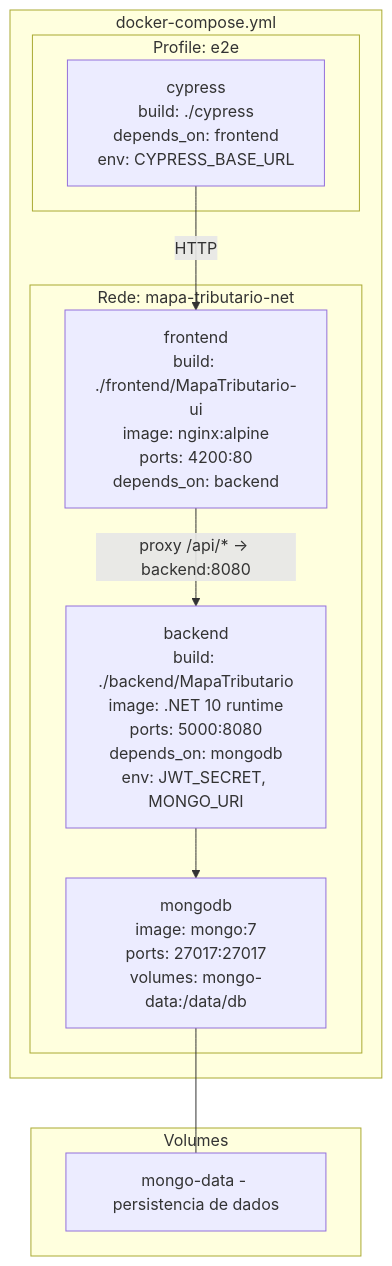
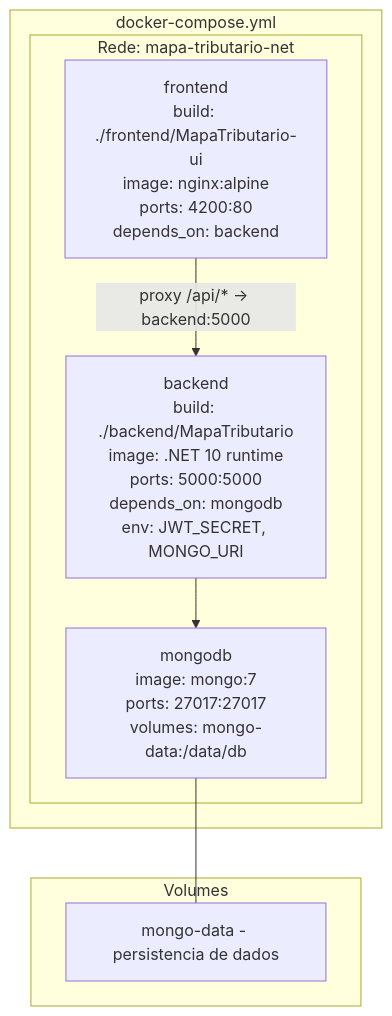
One commit to john182/poc-open-spec changed the eighth of 8 diagrams in docs/technical-doc.md. Above: the diagram before and after it, drawn with Mermaid. The commit also changed other lines of this file and 217 other files, not shown here.

````diff
--- a/docs/technical-doc.md
+++ b/docs/technical-doc.md
@@ -683,25 +678,20 @@
 ```mermaid
 graph TB
     subgraph "docker-compose.yml"
         subgraph "Rede: mapa-tributario-net"
             FE["frontend<br/>build: ./frontend/MapaTributario-ui<br/>image: nginx:alpine<br/>ports: 4200:80<br/>depends_on: backend"]
 
-            BE["backend<br/>build: ./backend/MapaTributario<br/>image: .NET 10 runtime<br/>ports: 5000:8080<br/>depends_on: mongodb<br/>env: JWT_SECRET, MONGO_URI"]
+            BE["backend<br/>build: ./backend/MapaTributario<br/>image: .NET 10 runtime<br/>ports: 5000:5000<br/>depends_on: mongodb<br/>env: JWT_SECRET, MONGO_URI"]
 
             MG["mongodb<br/>image: mongo:7<br/>ports: 27017:27017<br/>volumes: mongo-data:/data/db"]
-        end
-
-        subgraph "Profile: e2e"
-            CY["cypress<br/>build: ./cypress<br/>depends_on: frontend<br/>env: CYPRESS_BASE_URL"]
         end
     end
 
     subgraph "Volumes"
         V1["mongo-data - persistencia de dados"]
     end
 
-    FE -->|"proxy /api/* -> backend:8080"| BE
+    FE -->|"proxy /api/* -> backend:5000"| BE
     BE --> MG
     MG --- V1
-    CY -->|HTTP| FE
 ```
````
